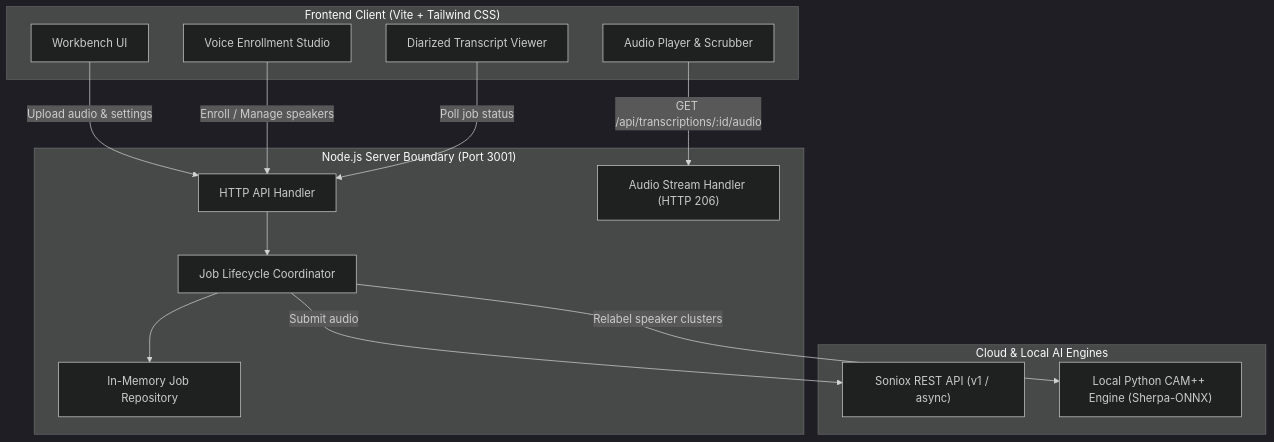
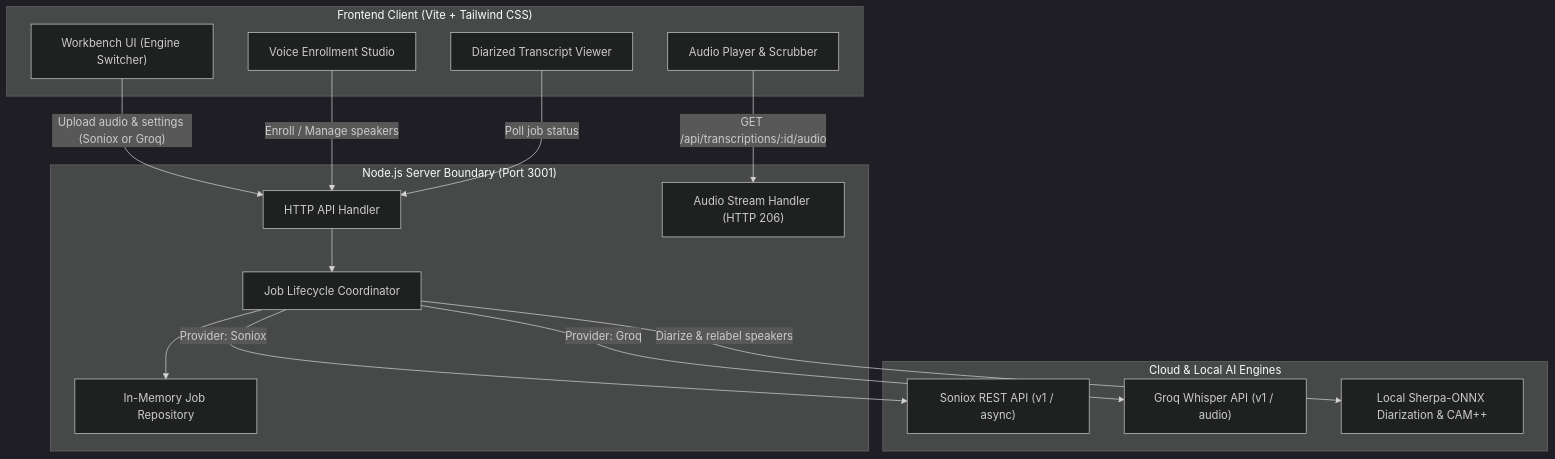
One commit to zhy-idk/audio-transcriber changed the diagram in README.md. Above: the diagram before and after it, drawn with Mermaid (dark theme). The commit also changed other lines of this file and 15 other files, not shown here.

Commit message:
feat: add Groq Whisper provider, Sherpa-ONNX offline diarization, and rename to Audio Transcriber

````diff
--- a/README.md
+++ b/README.md
@@ -45,31 +56,33 @@
 ```mermaid
 flowchart TD
     subgraph Browser ["Frontend Client (Vite + Tailwind CSS)"]
-        UI["Workbench UI"]
+        UI["Workbench UI (Engine Switcher)"]
         Enrollment["Voice Enrollment Studio"]
         Player["Audio Player & Scrubber"]
         Viewer["Diarized Transcript Viewer"]
     end
 
     subgraph Backend ["Node.js Server Boundary (Port 3001)"]
         API["HTTP API Handler"]
         Coordinator["Job Lifecycle Coordinator"]
         Repo["In-Memory Job Repository"]
         Streamer["Audio Stream Handler (HTTP 206)"]
     end
 
     subgraph External ["Cloud & Local AI Engines"]
         Soniox["Soniox REST API (v1 / async)"]
-        PythonBridge["Local Python CAM++ Engine (Sherpa-ONNX)"]
+        Groq["Groq Whisper API (v1 / audio)"]
+        SherpaBridge["Local Sherpa-ONNX Diarization & CAM++"]
     end
 
-    UI -->|"Upload audio & settings"| API
+    UI -->|"Upload audio & settings (Soniox or Groq)"| API
     Enrollment -->|"Enroll / Manage speakers"| API
     Viewer -->|"Poll job status"| API
     Player -->|"GET /api/transcriptions/:id/audio"| Streamer
 
     API --> Coordinator
     Coordinator --> Repo
-    Coordinator -->|"Submit audio"| Soniox
-    Coordinator -->|"Relabel speaker clusters"| PythonBridge
+    Coordinator -->|"Provider: Soniox"| Soniox
+    Coordinator -->|"Provider: Groq"| Groq
+    Coordinator -->|"Diarize & relabel speakers"| SherpaBridge
 ```
````
